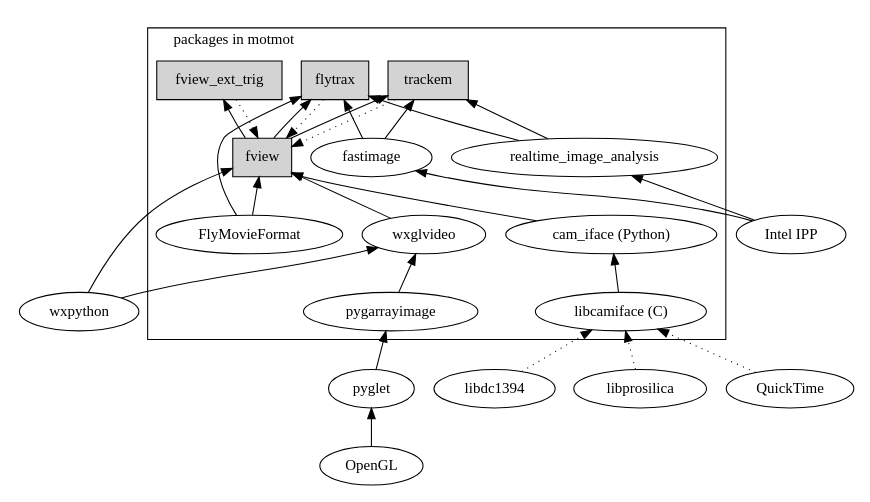
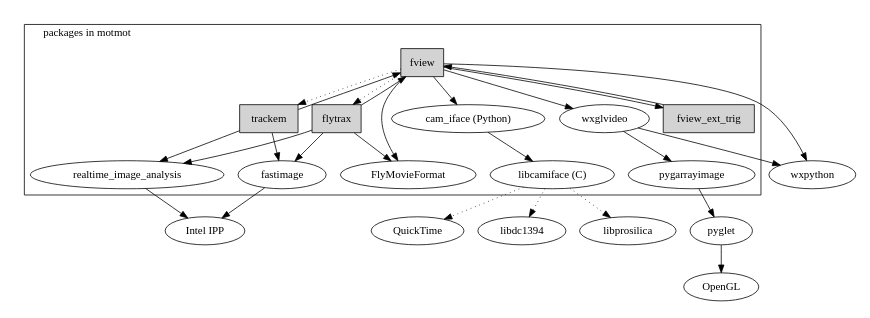
One commit to motmot/doc changed the diagram in source/motmot.dot. Above: the diagram before and after it, drawn with Graphviz.

Commit message:
doc update: flip arrow direction in dependency graph

```diff
--- a/source/motmot.dot
+++ b/source/motmot.dot
@@ -1,61 +1,59 @@
 digraph G {
   size ="6,4";
-  rankdir=BT;
   subgraph cluster0 {
-    libcamiface -> cam_iface;
-    cam_iface -> fview;
-    fview -> flytrax;
-    fview -> fview_ext_trig;
-    fview_ext_trig -> fview [style=dotted];
-    pygarrayimage -> wxglvideo;
-    wxglvideo -> fview;
-    realtime_image_analysis -> flytrax;
-    fastimage -> flytrax;
-    FlyMovieFormat -> fview;
-    FlyMovieFormat -> flytrax;
-    flytrax -> fview [style=dotted];
-    fastimage -> trackem;
-    realtime_image_analysis -> trackem;
-    trackem -> fview [style=dotted];
-    fview -> trackem;
-    labelloc=b;
+    cam_iface -> libcamiface;
+    fview -> cam_iface;
+    flytrax -> fview;
+    fview_ext_trig -> fview;
+    fview -> fview_ext_trig fview [style=dotted];
+    wxglvideo -> pygarrayimage;
+    fview -> wxglvideo;
+    flytrax -> realtime_image_analysis;
+    flytrax -> fastimage;
+    fview -> FlyMovieFormat;
+    flytrax -> FlyMovieFormat;
+    fview -> flytrax [style=dotted];
+    trackem -> fastimage;
+    trackem -> realtime_image_analysis;
+    fview -> trackem [style=dotted];
+    trackem -> fview;
     labeljust=l;
     label = "packages in motmot";
   }
 
-  quicktime -> libcamiface [style=dotted];
-  libdc1394 -> libcamiface [style=dotted];
-  libprosilica -> libcamiface [style=dotted];
-  wxpython -> wxglvideo;
-  wxpython -> fview;
-  opengl -> pyglet;
-  pyglet -> pygarrayimage;
-  ipp -> realtime_image_analysis;
-  ipp -> fastimage;
+  libcamiface -> quicktime [style=dotted];
+  libcamiface -> libdc1394 [style=dotted];
+  libcamiface -> libprosilica [style=dotted];
+  wxglvideo -> wxpython;
+  fview -> wxpython;
+  pyglet -> opengl;
+  pygarrayimage -> pyglet;
+  realtime_image_analysis -> ipp;
+  fastimage -> ipp;
 
   libcamiface [label="libcamiface (C)"];
   cam_iface [label="cam_iface (Python)"];
 
   quicktime [label="QuickTime", URL="http://www.apple.com/quicktime/"];
   libdc1394 [label="libdc1394", 
              URL="http://damien.douxchamps.net/ieee1394/libdc1394/"];
   libprosilica [label="libprosilica",
                 URL="http://www.prosilica.com/"];
   ipp [label="Intel IPP", URL="http://intel.com/software/products/ipp"];
   opengl [label="OpenGL",
           URL="http://opengl.org/"];
   pyglet [URL="http://www.pyglet.org/"];
   wxpython [URL="http://www.wxpython.org/"];
 
   libcamiface [URL="file:///home/astraw/src/motmot/doc/build/html/libcamiface.html"];
   cam_iface [URL="http://code.astraw.com/projects/motmot/cam_iface.html"]
   fview [shape=box,style=filled,
          URL="http://code.astraw.com/projects/motmot/fview.html"];
   trackem [shape=box,style=filled];
   flytrax [shape=box,style=filled];
   fview_ext_trig [shape=box,style=filled,
               URL="http://code.astraw.com/projects/motmot/camtrig/OVERVIEW.html"];
   wxglvideo [URL="http://code.astraw.com/projects/motmot/wxglvideo.html"];
   pygarrayimage [URL="http://code.astraw.com/projects/motmot/pygarrayimage.html"];
   flytrax [URL="http://code.astraw.com/projects/motmot/flytrax.html"];
 }
```
